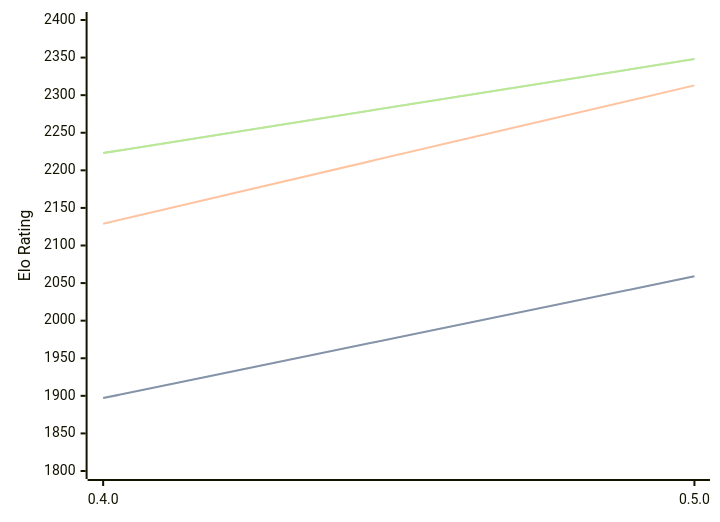
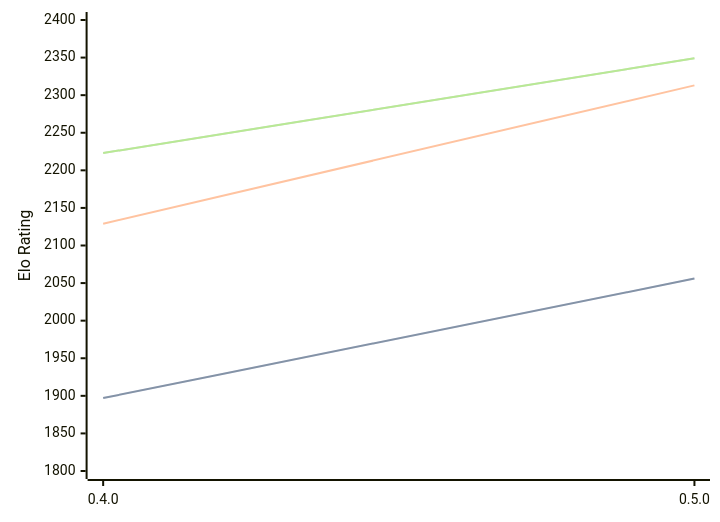
The diagram in engines/Atenika.md (computer-chess-index/cci), drawn with Mermaid before and after one commit. The commit also changed other lines of this file, not shown here.

Commit message:
Update CCI Ratings (ELO VLTC) - 2026-09-08

````diff
--- a/engines/Atenika.md
+++ b/engines/Atenika.md
@@ -32,11 +32,11 @@
 ```mermaid
 %%{init: {"theme":"base","themeVariables":{"seriesColors:['#a3a3a3','#222221','#faa371']}}}%%
 xychart-beta
   x-axis ["0.4.0", "0.5.0"]
   y-axis "Elo Rating" 1800 --> 2400
-  line "" [1897, 2059]
-  line "STC (8.0+0.08s)" [1897, 2059]
+  line "" [1897, 2056]
+  line "STC (8.0+0.08s)" [1897, 2056]
   line "LTC (60.0+0.60s)" [2129, 2313]
-  line "" [2223, 2348]
-  line "VLTC (2m24s+1.12s)" [2223, 2348]
+  line "" [2223, 2349]
+  line "VLTC (2m24s+1.12s)" [2223, 2349]
 ```
````
